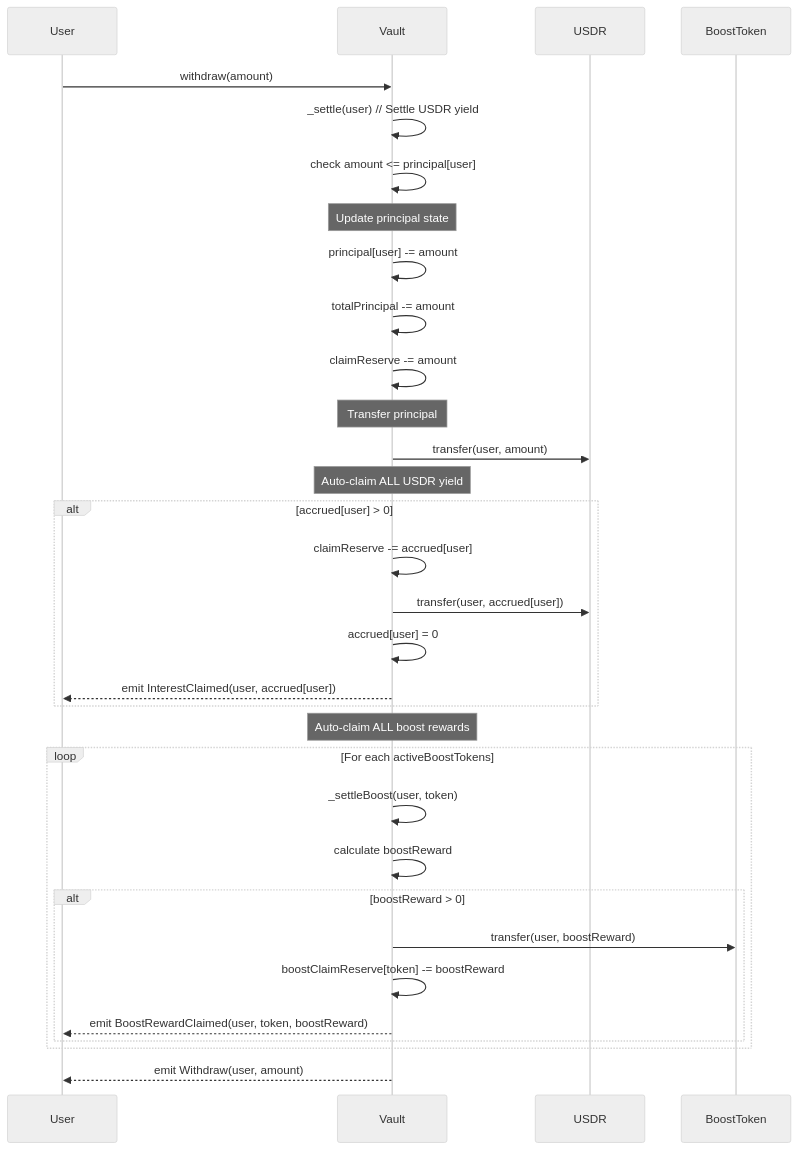
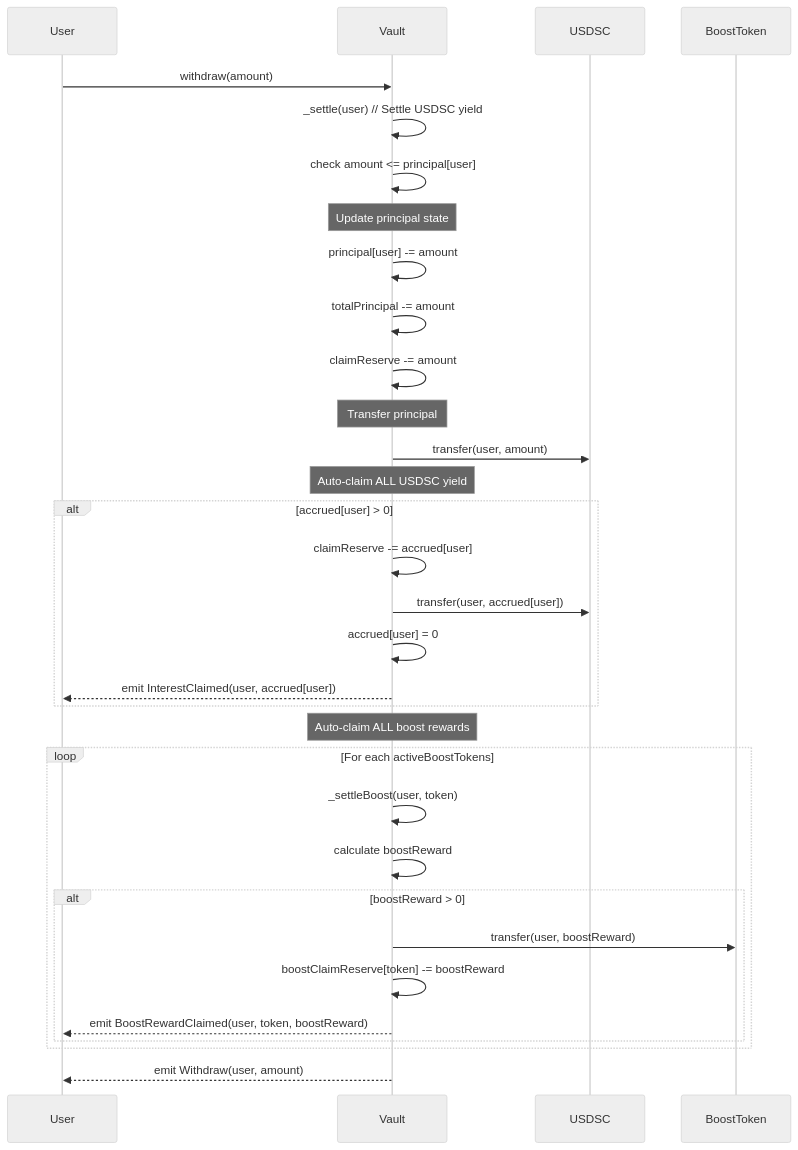
One commit to StartaleGroup/stablecoin-vault-contracts changed the third of 6 diagrams in src/vaults/earn/earn-vault.md. Above: the diagram before and after it, drawn with Mermaid (neutral theme). The commit also changed other lines of this file and 29 other files, not shown here.

Commit message:
replace USDR with USDSC

````diff
--- a/src/vaults/earn/earn-vault.md
+++ b/src/vaults/earn/earn-vault.md
@@ -107,40 +107,40 @@
 ```mermaid
 sequenceDiagram
     participant User
     participant Vault
-    participant USDR
+    participant USDSC
     participant BoostToken
     
     User->>Vault: withdraw(amount)
-    Vault->>Vault: _settle(user) // Settle USDR yield
+    Vault->>Vault: _settle(user) // Settle USDSC yield
     Vault->>Vault: check amount <= principal[user]
     
     Note over Vault: Update principal state
     Vault->>Vault: principal[user] -= amount
     Vault->>Vault: totalPrincipal -= amount
     Vault->>Vault: claimReserve -= amount
     
     Note over Vault: Transfer principal
-    Vault->>USDR: transfer(user, amount)
+    Vault->>USDSC: transfer(user, amount)
     
-    Note over Vault: Auto-claim ALL USDR yield
+    Note over Vault: Auto-claim ALL USDSC yield
     alt accrued[user] > 0
         Vault->>Vault: claimReserve -= accrued[user]
-        Vault->>USDR: transfer(user, accrued[user])
+        Vault->>USDSC: transfer(user, accrued[user])
         Vault->>Vault: accrued[user] = 0
         Vault-->>User: emit InterestClaimed(user, accrued[user])
     end
     
     Note over Vault: Auto-claim ALL boost rewards
     loop For each activeBoostTokens
         Vault->>Vault: _settleBoost(user, token)
         Vault->>Vault: calculate boostReward
         alt boostReward > 0
             Vault->>BoostToken: transfer(user, boostReward)
             Vault->>Vault: boostClaimReserve[token] -= boostReward
             Vault-->>User: emit BoostRewardClaimed(user, token, boostReward)
         end
     end
     
     Vault-->>User: emit Withdraw(user, amount)
 ```
````
